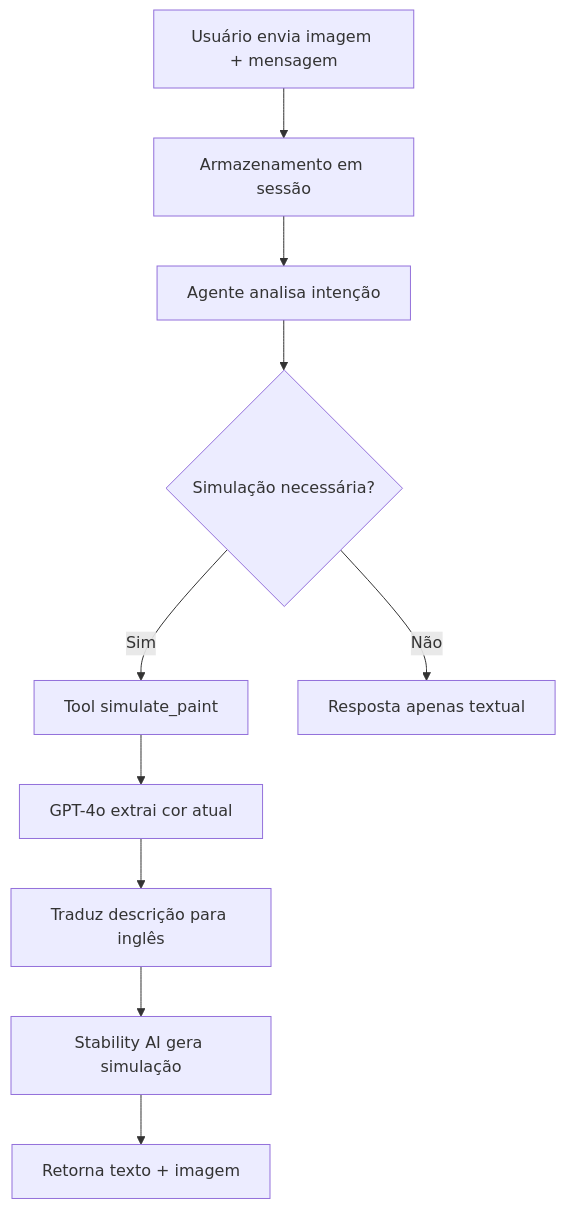
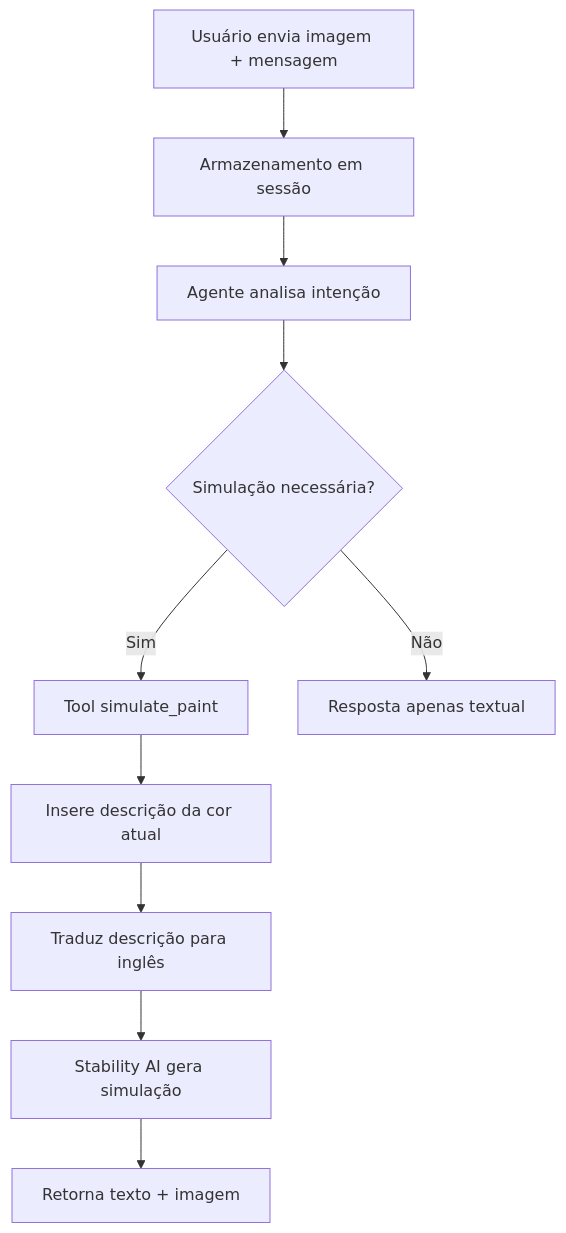
One commit to mrcndz/pAInt changed the diagram in README.md. Above: the diagram before and after it, drawn with Mermaid.

Commit message:
docs(README): update color description in workflow diagram

````diff
--- a/README.md
+++ b/README.md
@@ -379,12 +379,12 @@
 ```mermaid
 graph TD
     A[Usuário envia imagem + mensagem] --> B[Armazenamento em sessão]
     B --> C[Agente analisa intenção]
     C --> D{Simulação necessária?}
     D -->|Sim| E[Tool simulate_paint]
-    E --> F[GPT-4o extrai cor atual]
+    E --> F[Insere descrição da cor atual]
     F --> G[Traduz descrição para inglês]
     G --> H[Stability AI gera simulação]
     H --> I[Retorna texto + imagem]
     D -->|Não| J[Resposta apenas textual]
 ```
````
